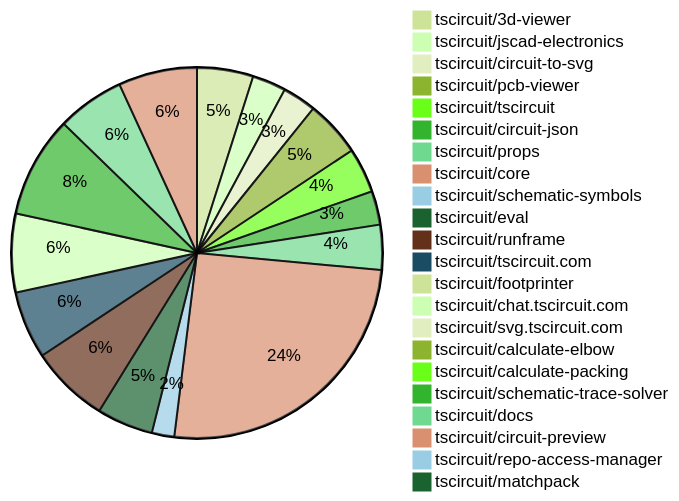
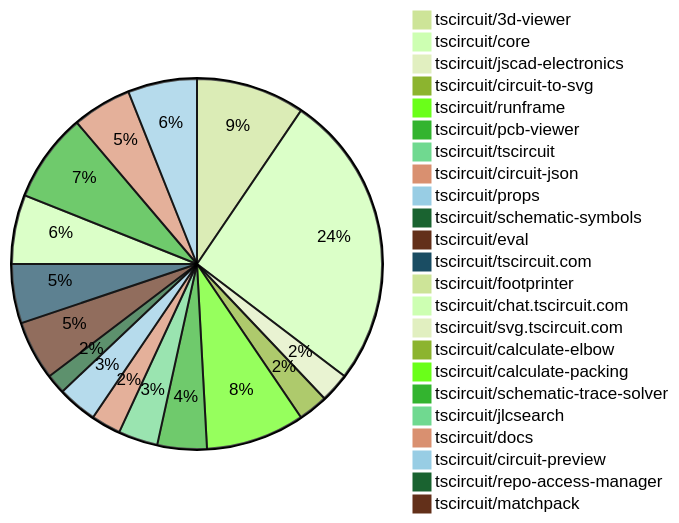
The first of 2 diagrams in README.md (tscircuit/contribution-tracker), drawn with Mermaid (forest theme) before and after one commit. The commit also changed other lines of this file and 3 other files, not shown here.

````diff
--- a/README.md
+++ b/README.md
@@ -29,25 +29,26 @@
 ```mermaid
 pie
-    "tscircuit/3d-viewer" : 5
+    "tscircuit/3d-viewer" : 11
+    "tscircuit/core" : 30
     "tscircuit/jscad-electronics" : 3
     "tscircuit/circuit-to-svg" : 3
+    "tscircuit/runframe" : 10
     "tscircuit/pcb-viewer" : 5
     "tscircuit/tscircuit" : 4
     "tscircuit/circuit-json" : 3
     "tscircuit/props" : 4
-    "tscircuit/core" : 26
     "tscircuit/schematic-symbols" : 2
-    "tscircuit/eval" : 5
-    "tscircuit/runframe" : 7
+    "tscircuit/eval" : 6
     "tscircuit/tscircuit.com" : 6
     "tscircuit/footprinter" : 1
     "tscircuit/chat.tscircuit.com" : 7
     "tscircuit/svg.tscircuit.com" : 1
     "tscircuit/calculate-elbow" : 1
     "tscircuit/calculate-packing" : 1
     "tscircuit/schematic-trace-solver" : 9
+    "tscircuit/jlcsearch" : 1
     "tscircuit/docs" : 6
     "tscircuit/circuit-preview" : 7
     "tscircuit/repo-access-manager" : 1
     "tscircuit/matchpack" : 1
 ```
````
